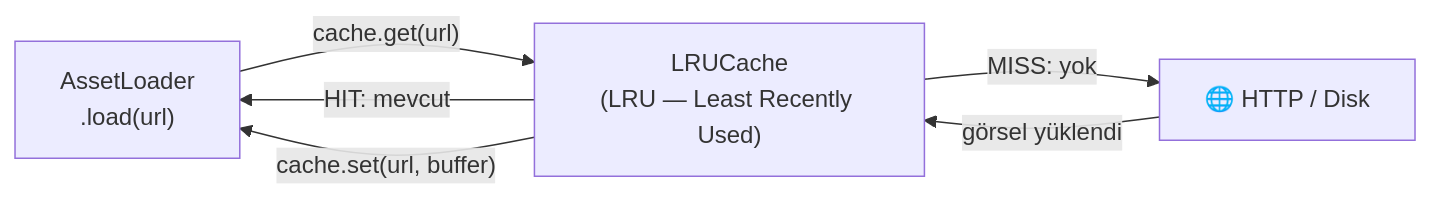
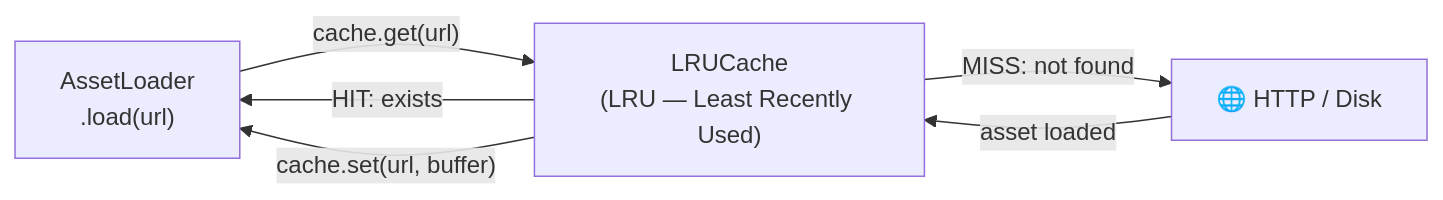
Before and after one commit to ManyMQ/modular: the eighth of 9 diagrams in docs/core-concepts/system-architecture.md, drawn with Mermaid. The commit also changed other lines of this file, not shown here.

First line of the commit message:
Docs: Add system architecture overview with diagrams

````diff
--- a/docs/core-concepts/system-architecture.md
+++ b/docs/core-concepts/system-architecture.md
@@ -276,12 +276,12 @@
 ```mermaid
 flowchart LR
     AL2["AssetLoader\n.load(url)"]
     CACHE["LRUCache\n(LRU — Least Recently Used)"]
     NET["🌐 HTTP / Disk"]
 
     AL2 -->|"cache.get(url)"| CACHE
-    CACHE -->|"HIT: mevcut"| AL2
-    CACHE -->|"MISS: yok"| NET
-    NET -->|"görsel yüklendi"| CACHE
+    CACHE -->|"HIT: exists"| AL2
+    CACHE -->|"MISS: not found"| NET
+    NET -->|"asset loaded"| CACHE
     CACHE -->|"cache.set(url, buffer)"| AL2
 ```
````
